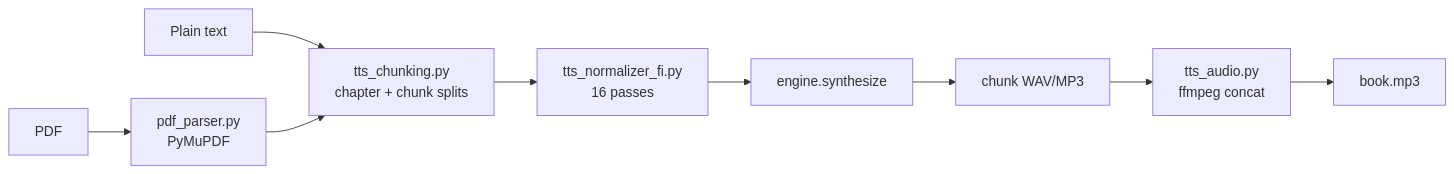
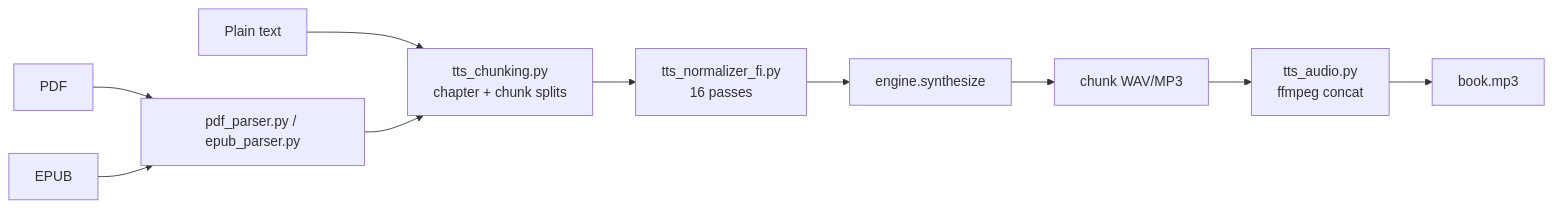
One commit to MikkoNumminen/AudiobookMaker changed the fourth of 6 diagrams in docs/ARCHITECTURE.md. Above: the diagram before and after it, drawn with Mermaid. The commit also changed other lines of this file and 1 other file, not shown here.

Commit message:
docs: add epub_parser to architecture diagrams and file layout

````diff
--- a/docs/ARCHITECTURE.md
+++ b/docs/ARCHITECTURE.md
@@ -103,11 +103,12 @@
 ```mermaid
 flowchart LR
-    PDF[PDF] --> Parser[pdf_parser.py<br/>PyMuPDF]
+    PDF[PDF] --> Parsers[pdf_parser.py / epub_parser.py]
+    EPUB[EPUB] --> Parsers
     Text[Plain text] --> Chunker
-    Parser --> Chunker[tts_chunking.py<br/>chapter + chunk splits]
+    Parsers --> Chunker[tts_chunking.py<br/>chapter + chunk splits]
     Chunker --> Norm[tts_normalizer_fi.py<br/>16 passes]
     Norm --> Engine[engine.synthesize]
     Engine --> Wav[chunk WAV/MP3]
     Wav --> Audio[tts_audio.py<br/>ffmpeg concat]
     Audio --> Final[book.mp3]
 ```
````
